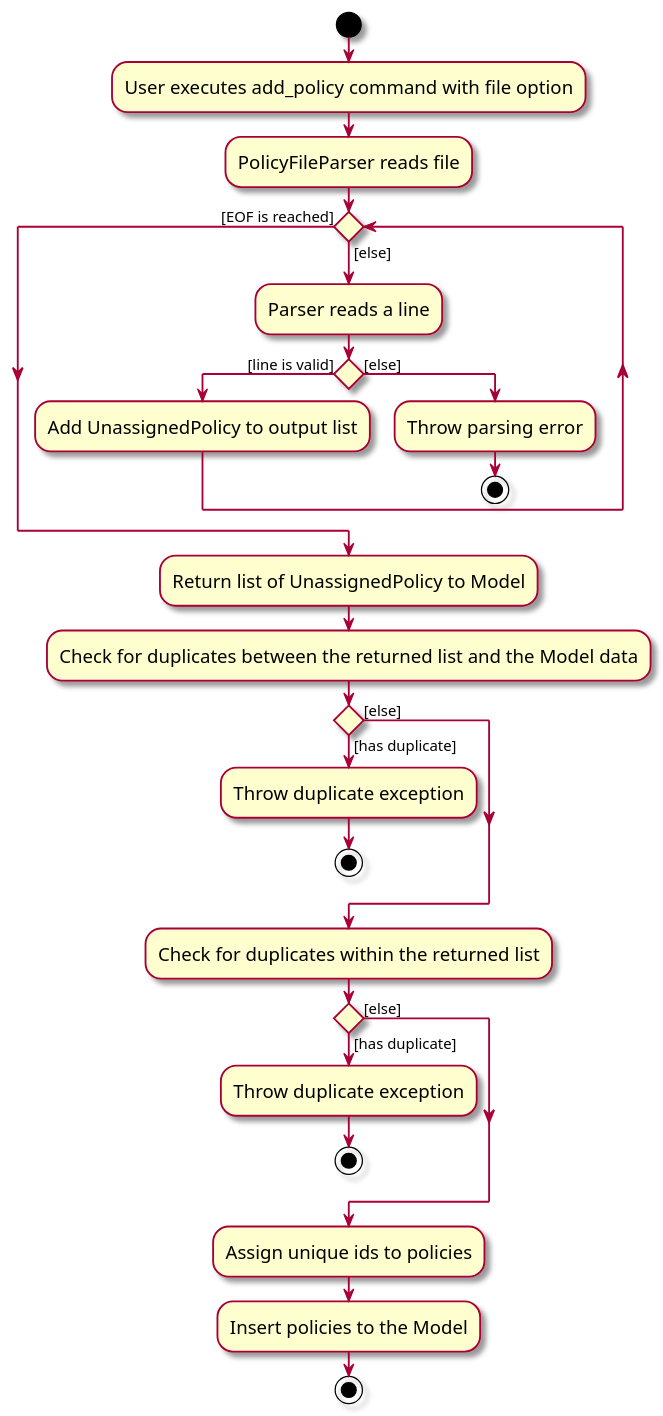
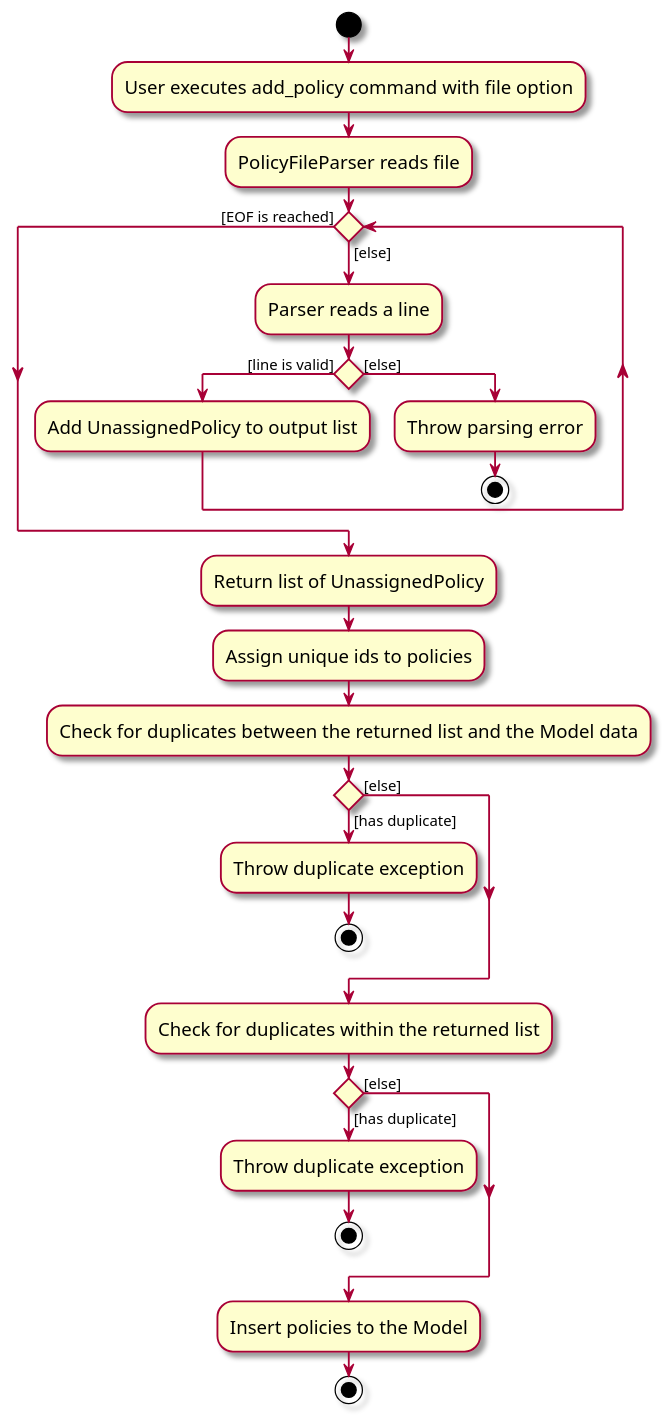
Before and after one commit to AY2526S1-CS2103T-T15-2/tp: the diagram in diagrams/AddPolicyFileActivityDiagram.puml, drawn with PlantUML. The commit also changed 21 other files, not shown here.

```diff
--- a/diagrams/AddPolicyFileActivityDiagram.puml
+++ b/diagrams/AddPolicyFileActivityDiagram.puml
@@ -1,37 +1,37 @@
 @startuml
 skin rose
 skinparam ActivityFontSize 15
 skinparam ArrowFontSize 12
 
 start
 :User executes add_policy command with file option;
 :PolicyFileParser reads file;
 
 while () is ([else])
     :Parser reads a line;
     if () then ([line is valid])
         :Add UnassignedPolicy to output list;
     else ([else])
         :Throw parsing error;
         stop
     endif
 endwhile ([EOF is reached])
 
-:Return list of UnassignedPolicy to Model;
+:Return list of UnassignedPolicy;
+:Assign unique ids to policies;
 :Check for duplicates between the returned list and the Model data;
 if () then ([has duplicate])
     :Throw duplicate exception;
     stop
 else ([else])
 endif
 :Check for duplicates within the returned list;
 if () then ([has duplicate])
     :Throw duplicate exception;
     stop
 else ([else])
 endif
-:Assign unique ids to policies;
 :Insert policies to the Model;
 
 stop
 @enduml
```
